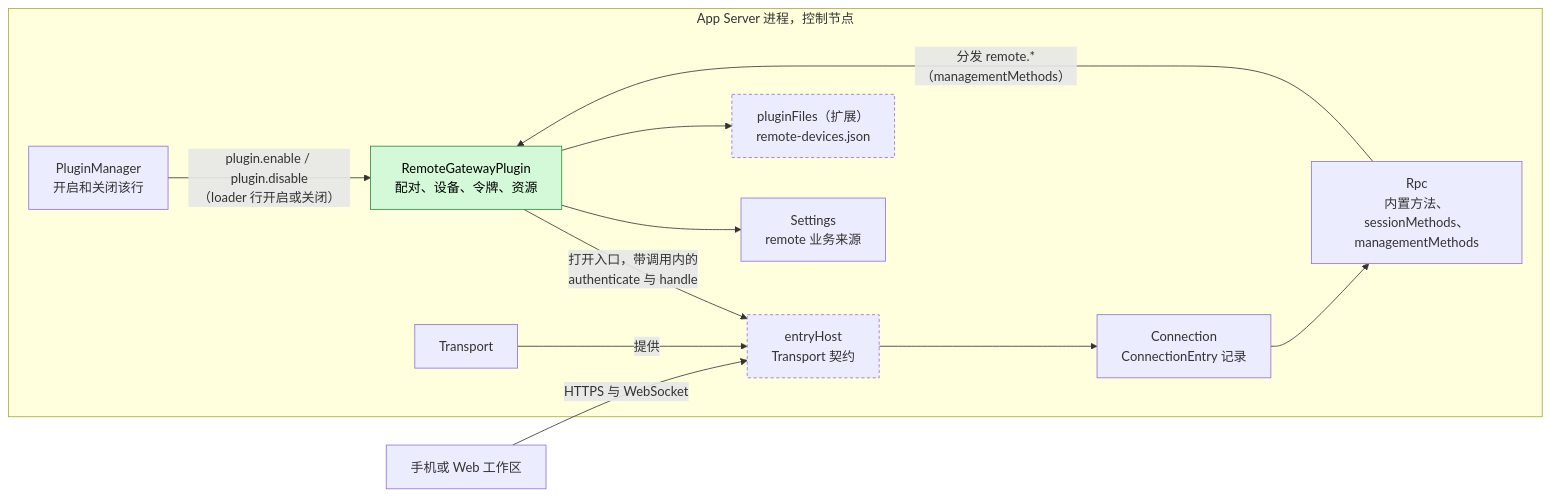
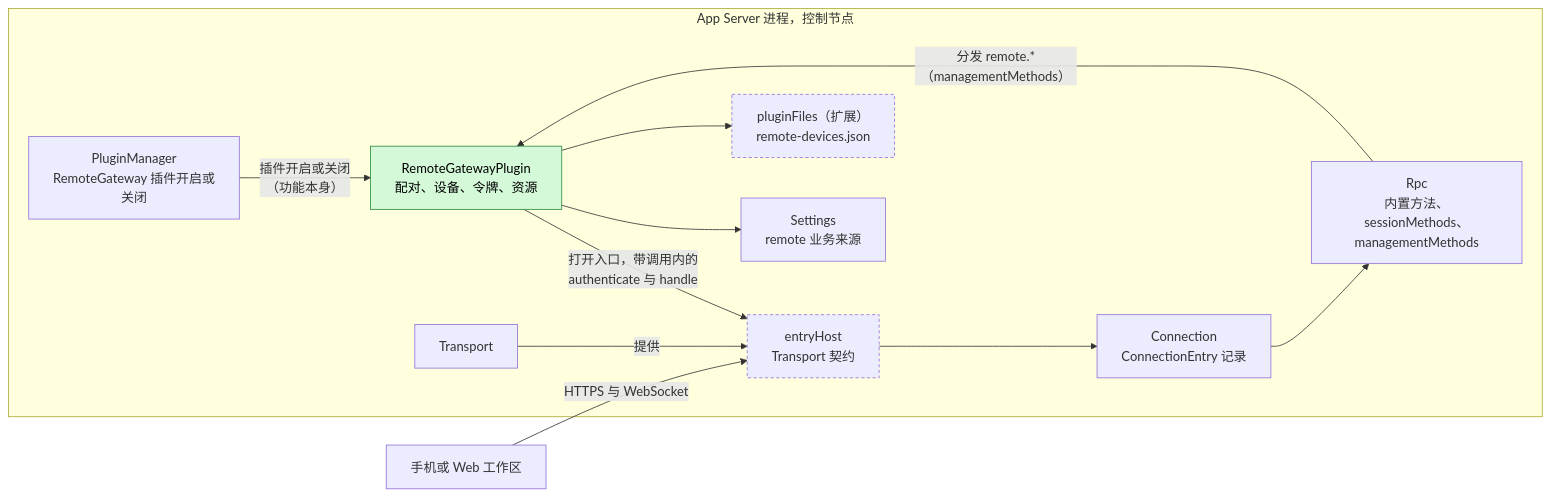
The first of 6 diagrams in docs/zh/design/plugins/RemoteGateway.md (CoutinhoTTS/dim-agent), drawn with Mermaid before and after one commit. The commit also changed other lines of this file and 4 other files, not shown here.

````diff
--- a/docs/zh/design/plugins/RemoteGateway.md
+++ b/docs/zh/design/plugins/RemoteGateway.md
@@ -11,25 +11,25 @@
 ```mermaid
 flowchart LR
   subgraph P["App Server 进程，控制节点"]
     RG["RemoteGatewayPlugin<br/>配对、设备、令牌、资源"]:::new
     EH["entryHost<br/>Transport 契约"]:::contract
     TR["Transport"]
     CONN["Connection<br/>ConnectionEntry 记录"]
     RPC["Rpc<br/>内置方法、sessionMethods、<br/>managementMethods"]
     SET["Settings<br/>remote 业务来源"]
-    PM["PluginManager<br/>开启和关闭该行"]
+    PM["PluginManager<br/>RemoteGateway 插件开启或关闭"]
     PST["pluginFiles（扩展）<br/>remote-devices.json"]:::contract
   end
   DEV["手机或 Web 工作区"]
   DEV -->|"HTTPS 与 WebSocket"| EH
   RG -->|"打开入口，带调用内的<br/>authenticate 与 handle"| EH
   TR -->|"提供"| EH
   EH --> CONN
   CONN --> RPC
   RPC -->|"分发 remote.*（managementMethods）"| RG
   RG --> SET
-  PM -->|"plugin.enable / plugin.disable<br/>（loader 行开启或关闭）"| RG
+  PM -->|"插件开启或关闭<br/>（功能本身）"| RG
   RG --> PST
   classDef new fill:#d3f9d8,stroke:#2b8a3e,color:#000
   classDef contract stroke-dasharray:4 3
 ```
````
